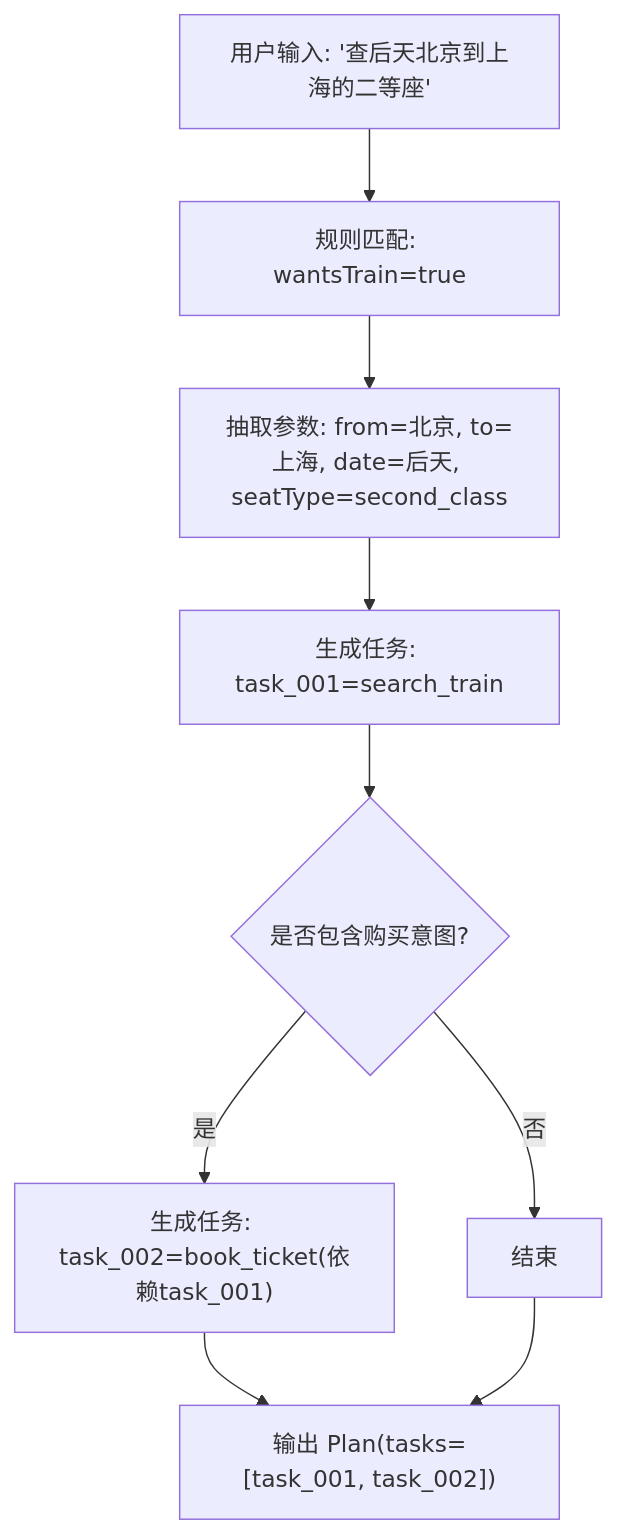
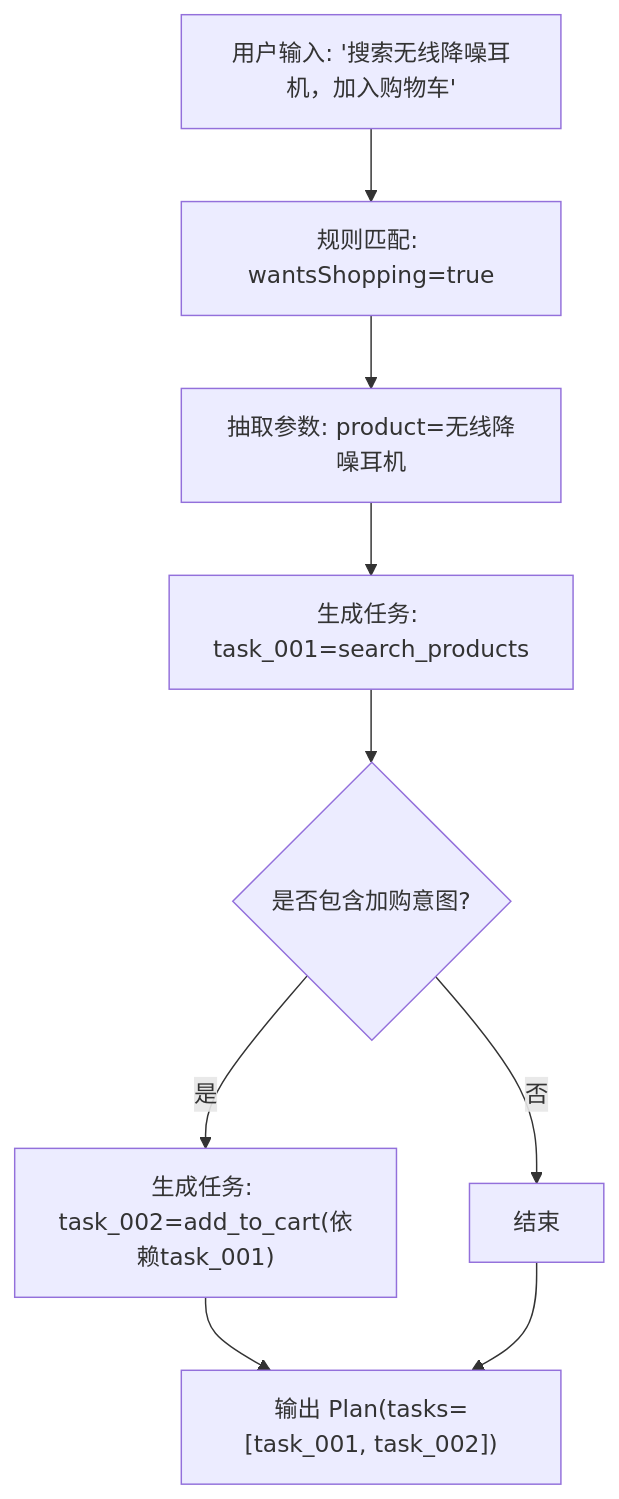
One commit to Ichi-Hackton/WAIC-WeChat-MiniProgram changed the sixth of 7 diagrams in .qoder/repowiki/zh/content/LLM集成/规则规划器.md. Above: the diagram before and after it, drawn with Mermaid. The commit also changed other lines of this file and 33 other files, not shown here.

````diff
--- a/.qoder/repowiki/zh/content/LLM集成/规则规划器.md
+++ b/.qoder/repowiki/zh/content/LLM集成/规则规划器.md
@@ -264,11 +361,11 @@
 ```mermaid
 flowchart TD
-A["用户输入: '查后天北京到上海的二等座'"] --> B["规则匹配: wantsTrain=true"]
-B --> C["抽取参数: from=北京, to=上海, date=后天, seatType=second_class"]
-C --> D["生成任务: task_001=search_train"]
-D --> E{"是否包含购买意图?"}
-E --> |是| F["生成任务: task_002=book_ticket(依赖task_001)"]
+A["用户输入: '搜索无线降噪耳机，加入购物车'"] --> B["规则匹配: wantsShopping=true"]
+B --> C["抽取参数: product=无线降噪耳机"]
+C --> D["生成任务: task_001=search_products"]
+D --> E{"是否包含加购意图?"}
+E --> |是| F["生成任务: task_002=add_to_cart(依赖task_001)"]
 E --> |否| G["结束"]
 F --> H["输出 Plan(tasks=[task_001, task_002])"]
 G --> H
 ```
````
